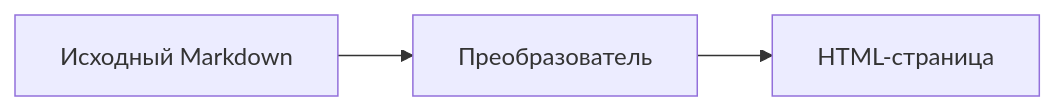
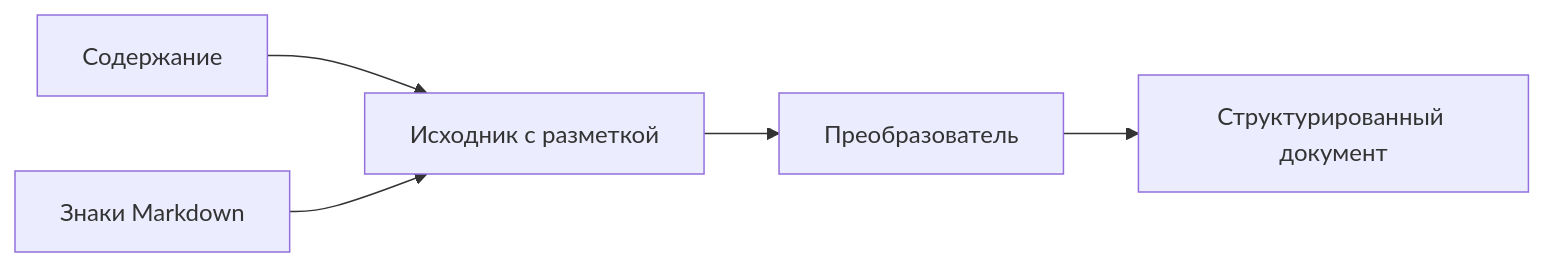
Before and after one commit to bsafronov/prosto-courses: the diagram in src/content/courses/markdown/modules/osnovy/lessons/vvedenie.mdx, drawn with Mermaid. The commit also changed other lines of this file and 27 other files, not shown here.

````diff
--- a/src/content/courses/markdown/modules/osnovy/lessons/vvedenie.mdx
+++ b/src/content/courses/markdown/modules/osnovy/lessons/vvedenie.mdx
@@ -31,5 +39,7 @@
 ```mermaid
 flowchart LR
-  source["Исходный Markdown"] --> transformer["Преобразователь"]
-  transformer --> page["HTML-страница"]
+  meaning["Содержание"] --> source["Исходник с разметкой"]
+  markup["Знаки Markdown"] --> source
+  source --> transformer["Преобразователь"]
+  transformer --> page["Структурированный документ"]
 ```
````
